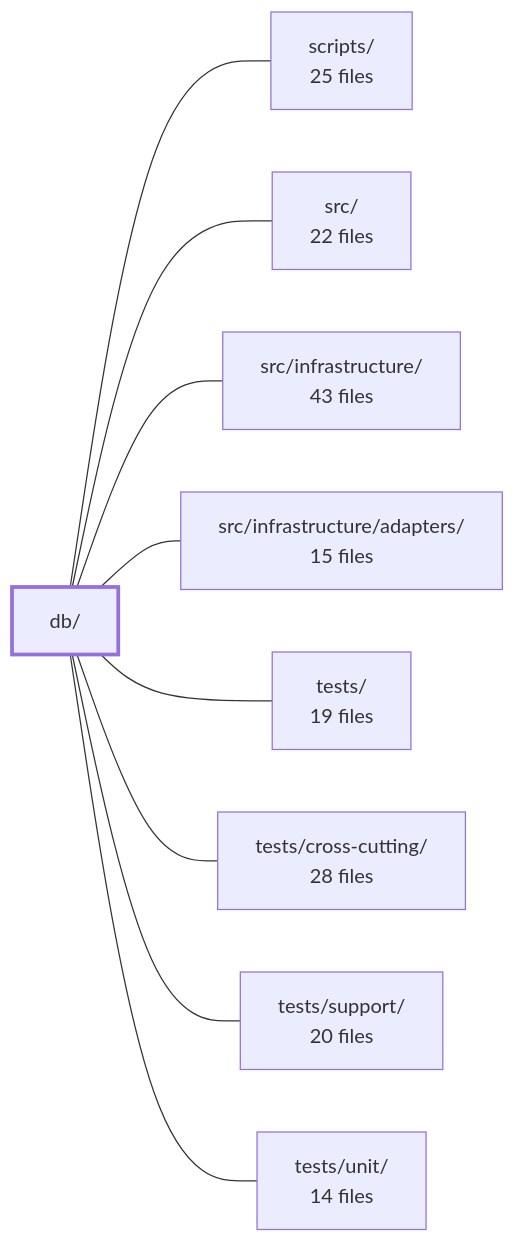
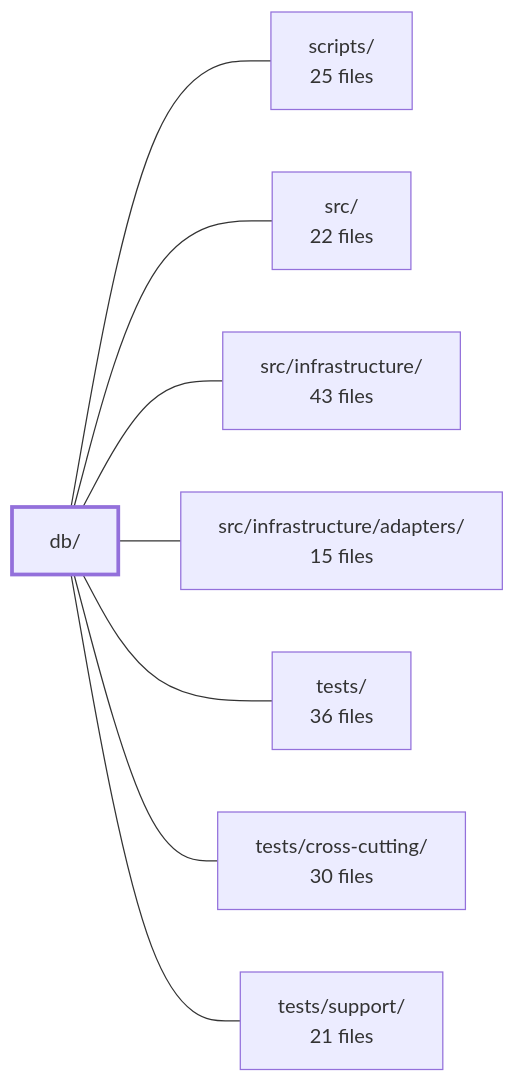
The diagram in .2repo/modules/boilerplate-node-backend_db.md (Guebbit/boilerplate-node-backend), drawn with Mermaid before and after one commit. The commit also changed other lines of this file and 302 other files, not shown here.

First line of the commit message:
chore(2repo): refresh repo context, wiki, and architecture snapshots

````diff
--- a/.2repo/modules/boilerplate-node-backend_db.md
+++ b/.2repo/modules/boilerplate-node-backend_db.md
@@ -37,21 +38,19 @@
 ```mermaid
 flowchart LR
     m_db["db/"]
     m_scripts["scripts/<br/>25 files"]
     m_src["src/<br/>22 files"]
     m_src_infrastructure["src/infrastructure/<br/>43 files"]
     m_src_infrastructure_adapters["src/infrastructure/adapters/<br/>15 files"]
-    m_tests["tests/<br/>19 files"]
-    m_tests_cross_cutting["tests/cross-cutting/<br/>28 files"]
-    m_tests_support["tests/support/<br/>20 files"]
-    m_tests_unit["tests/unit/<br/>14 files"]
+    m_tests["tests/<br/>36 files"]
+    m_tests_cross_cutting["tests/cross-cutting/<br/>30 files"]
+    m_tests_support["tests/support/<br/>21 files"]
     m_db --- m_scripts
     m_db --- m_src
     m_db --- m_src_infrastructure
     m_db --- m_src_infrastructure_adapters
     m_db --- m_tests
     m_db --- m_tests_cross_cutting
     m_db --- m_tests_support
-    m_db --- m_tests_unit
     style m_db stroke-width:3px
 ```
````
